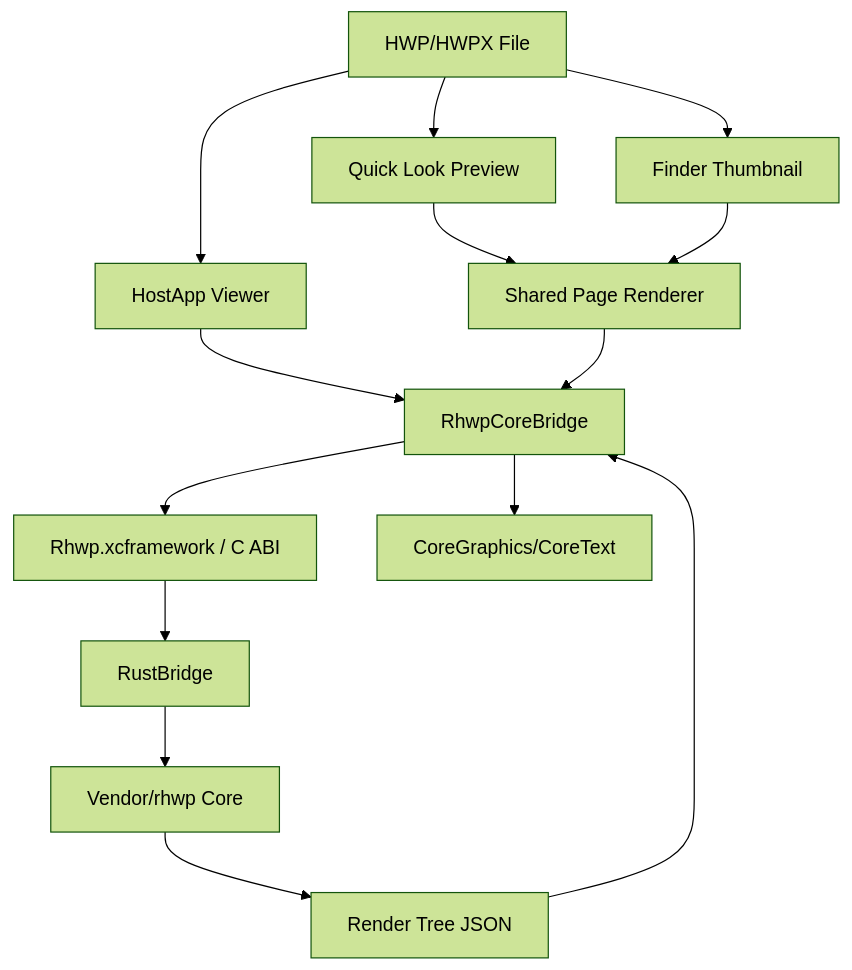
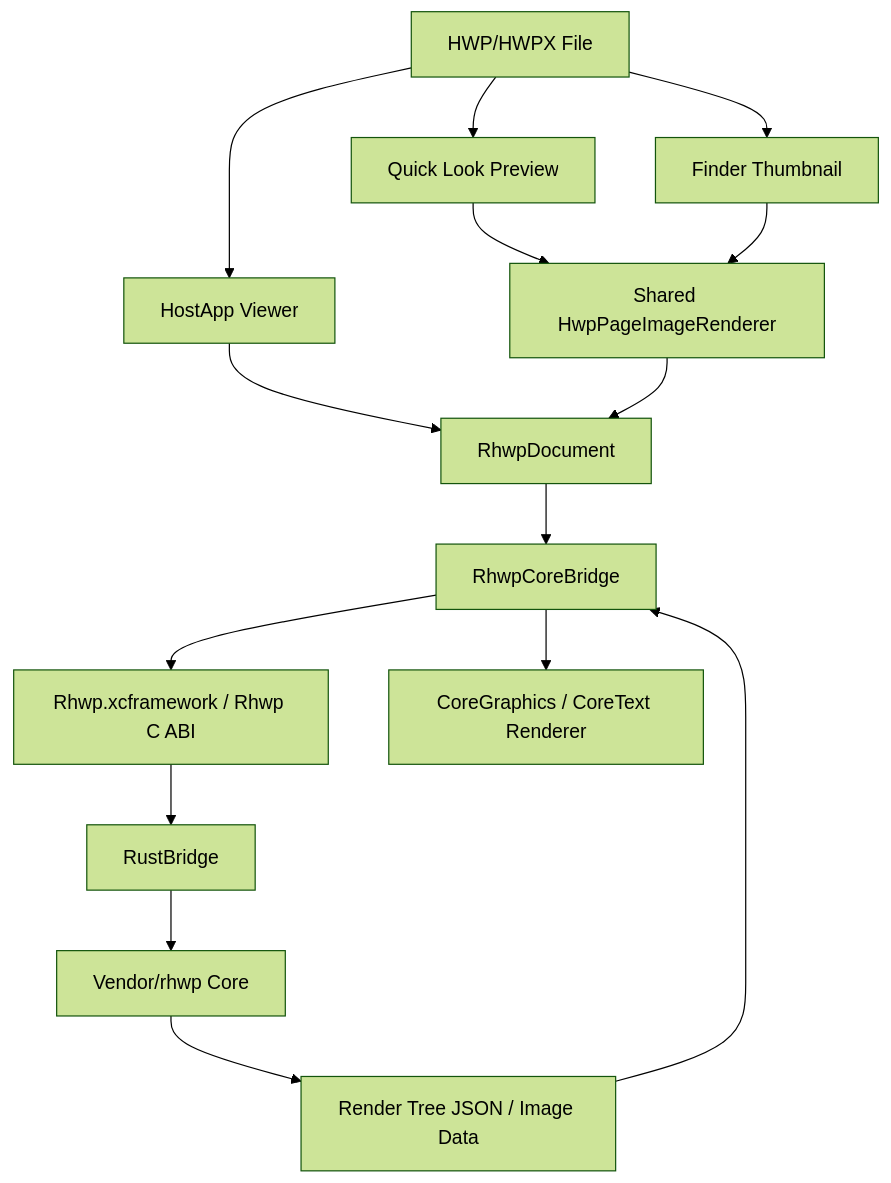
One commit to postmelee/alhangeul-macos changed the diagram in README.md. Above: the diagram before and after it, drawn with Mermaid (forest theme). The commit also changed other lines of this file and 9 other files, not shown here.

Commit message:
Issue #13: Move architecture docs into mydocs

````diff
--- a/README.md
+++ b/README.md
@@ -402,16 +404,17 @@
 ```mermaid
 graph TB
     HWP[HWP/HWPX File] --> HostApp[HostApp Viewer]
     HWP --> Preview[Quick Look Preview]
     HWP --> Thumbnail[Finder Thumbnail]
-    HostApp --> SwiftBridge[RhwpCoreBridge]
-    Preview --> Shared[Shared Page Renderer]
+    Preview --> Shared[Shared HwpPageImageRenderer]
     Thumbnail --> Shared
-    Shared --> SwiftBridge
-    SwiftBridge --> CABI[Rhwp.xcframework / C ABI]
-    CABI --> RustBridge[RustBridge]
+    HostApp --> Doc[RhwpDocument]
+    Shared --> Doc
+    Doc --> Bridge[RhwpCoreBridge]
+    Bridge --> XC[Rhwp.xcframework / Rhwp C ABI]
+    XC --> RustBridge[RustBridge]
     RustBridge --> Core[Vendor/rhwp Core]
-    Core --> RenderTree[Render Tree JSON]
-    RenderTree --> SwiftBridge
-    SwiftBridge --> CG[CoreGraphics/CoreText]
+    Core --> Data[Render Tree JSON / Image Data]
+    Data --> Bridge
+    Bridge --> CG[CoreGraphics / CoreText Renderer]
 ```
````
